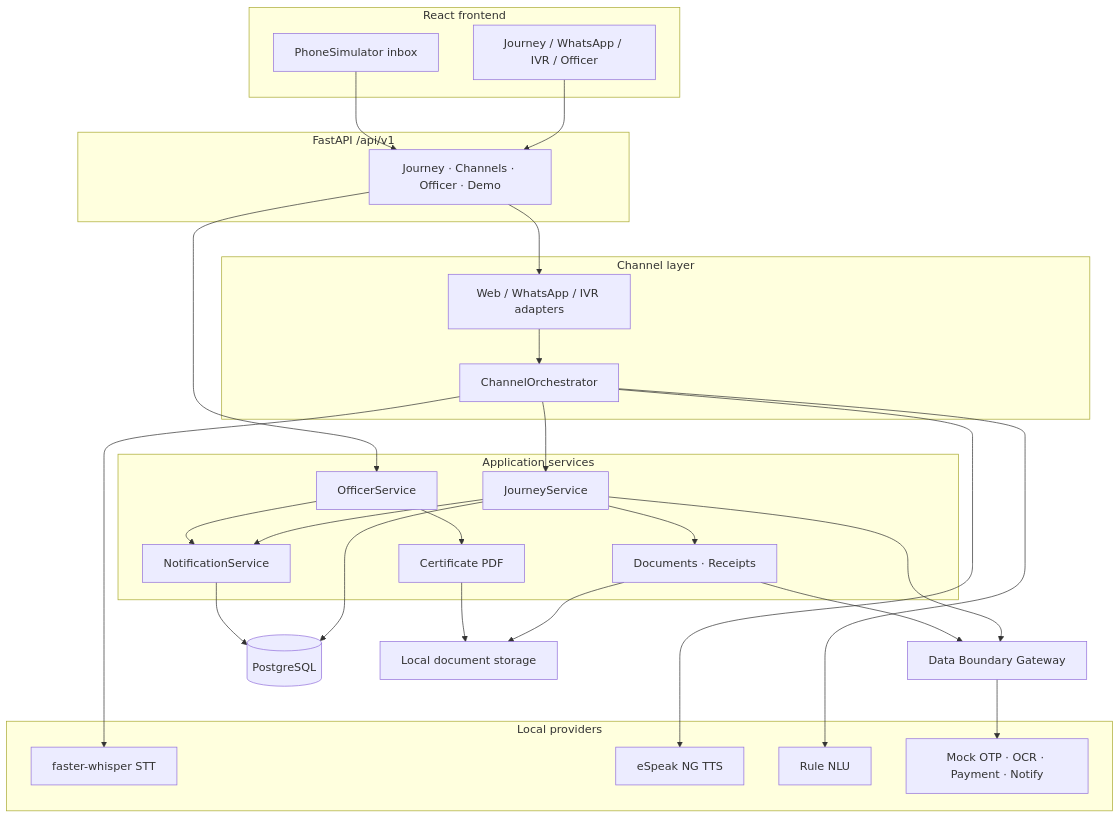
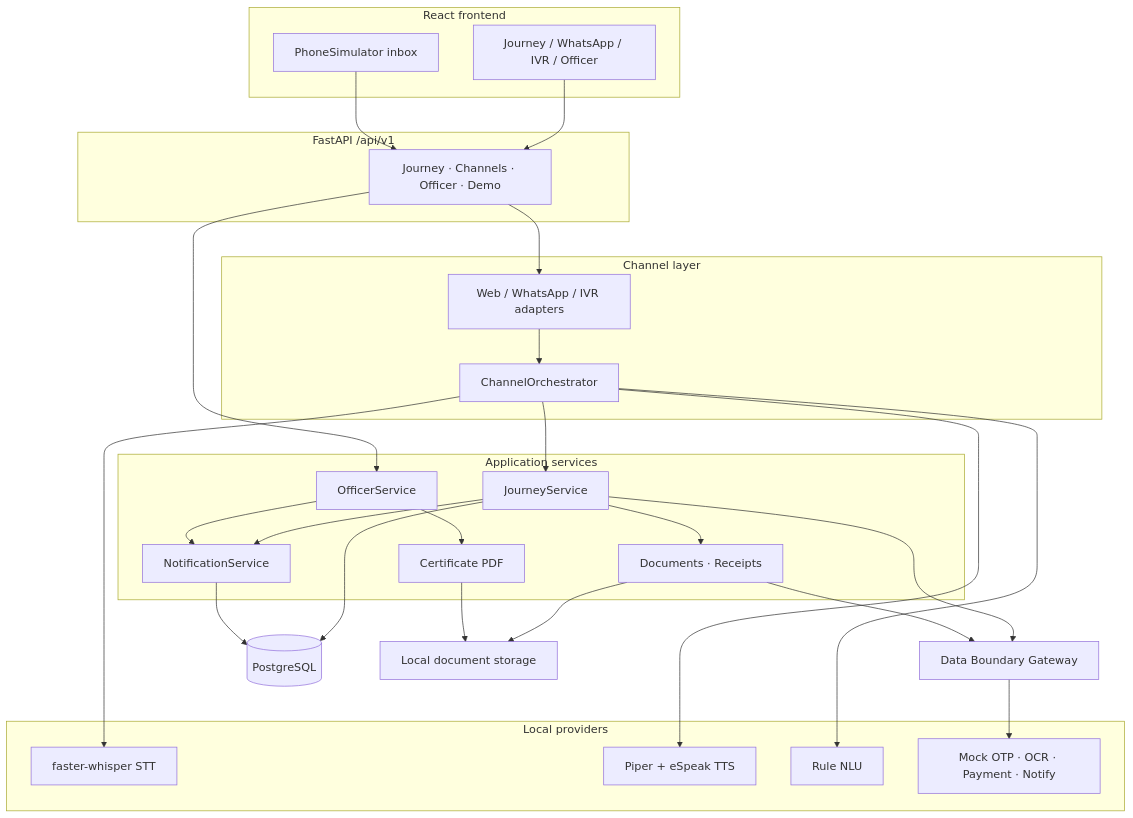
One commit to Gautamprakash17/multilingual-voice-revenue-services changed the second of 15 diagrams in docs/diagrams.md. Above: the diagram before and after it, drawn with Mermaid. The commit also changed 25 other files, not shown here.

````diff
--- a/docs/diagrams.md
+++ b/docs/diagrams.md
@@ -45,55 +45,55 @@
 ```mermaid
 flowchart TB
   subgraph UI[React frontend]
     Pages[Journey / WhatsApp / IVR / Officer]
     PhoneSim[PhoneSimulator inbox]
   end
 
   subgraph API[FastAPI /api/v1]
     Routes[Journey · Channels · Officer · Demo]
   end
 
   subgraph ChannelLayer[Channel layer]
     Adapters[Web / WhatsApp / IVR adapters]
     Orch[ChannelOrchestrator]
   end
 
   subgraph Services[Application services]
     Journey[JourneyService]
     OfficerSvc[OfficerService]
     Notify[NotificationService]
     Docs[Documents · Receipts]
     CertSvc[Certificate PDF]
   end
 
   subgraph Providers[Local providers]
     STT[faster-whisper STT]
-    TTS[eSpeak NG TTS]
+    TTS[Piper + eSpeak TTS]
     NLU[Rule NLU]
     Mocks[Mock OTP · OCR · Payment · Notify]
   end
 
   GW[Data Boundary Gateway]
   PG[(PostgreSQL)]
   FS[Local document storage]
 
   Pages --> Routes
   PhoneSim --> Routes
   Routes --> Adapters --> Orch
   Orch --> Journey
   Orch --> STT
   Orch --> TTS
   Orch --> NLU
   Routes --> OfficerSvc
   Journey --> Docs
   OfficerSvc --> CertSvc
   Journey --> Notify
   OfficerSvc --> Notify
   Journey --> GW
   Docs --> GW
   GW --> Mocks
   Journey --> PG
   Notify --> PG
   Docs --> FS
   CertSvc --> FS
 ```
````
